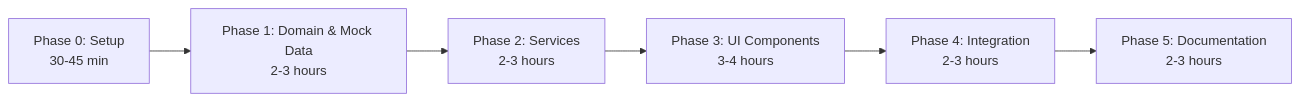
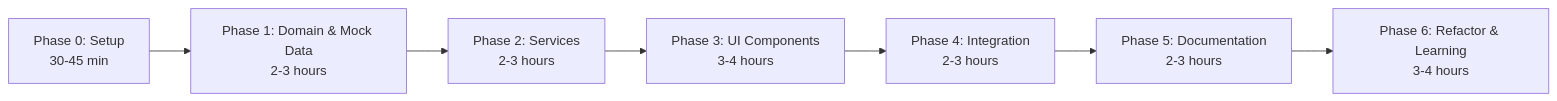
The diagram in cortex-brain/documents/planning/badmonolith-modernization-plan.md (asifhussain60/CORTEX), drawn with Mermaid before and after one commit. The commit also changed other lines of this file and 13 other files, not shown here.

First line of the commit message:
feat: add Phase 6 (Final Refactor & Learning Documentation) to BadMonolith plan

````diff
--- a/cortex-brain/documents/planning/badmonolith-modernization-plan.md
+++ b/cortex-brain/documents/planning/badmonolith-modernization-plan.md
@@ -876,8 +1063,9 @@
 ```mermaid
 graph LR
     Phase0[Phase 0: Setup<br/>30-45 min] --> Phase1[Phase 1: Domain & Mock Data<br/>2-3 hours]
     Phase1 --> Phase2[Phase 2: Services<br/>2-3 hours]
     Phase2 --> Phase3[Phase 3: UI Components<br/>3-4 hours]
     Phase3 --> Phase4[Phase 4: Integration<br/>2-3 hours]
     Phase4 --> Phase5[Phase 5: Documentation<br/>2-3 hours]
+    Phase5 --> Phase6[Phase 6: Refactor & Learning<br/>3-4 hours]
 ```
````
